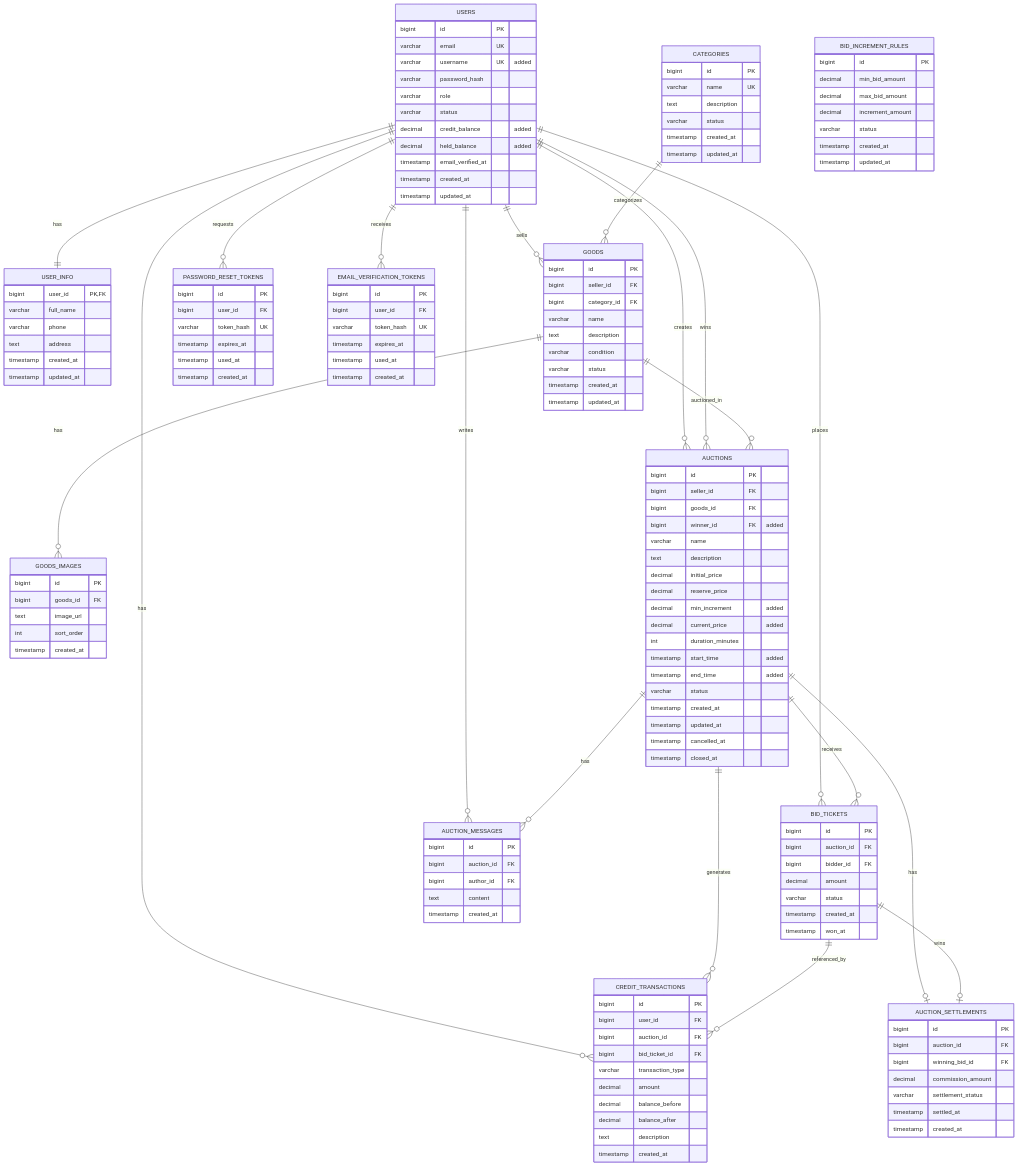
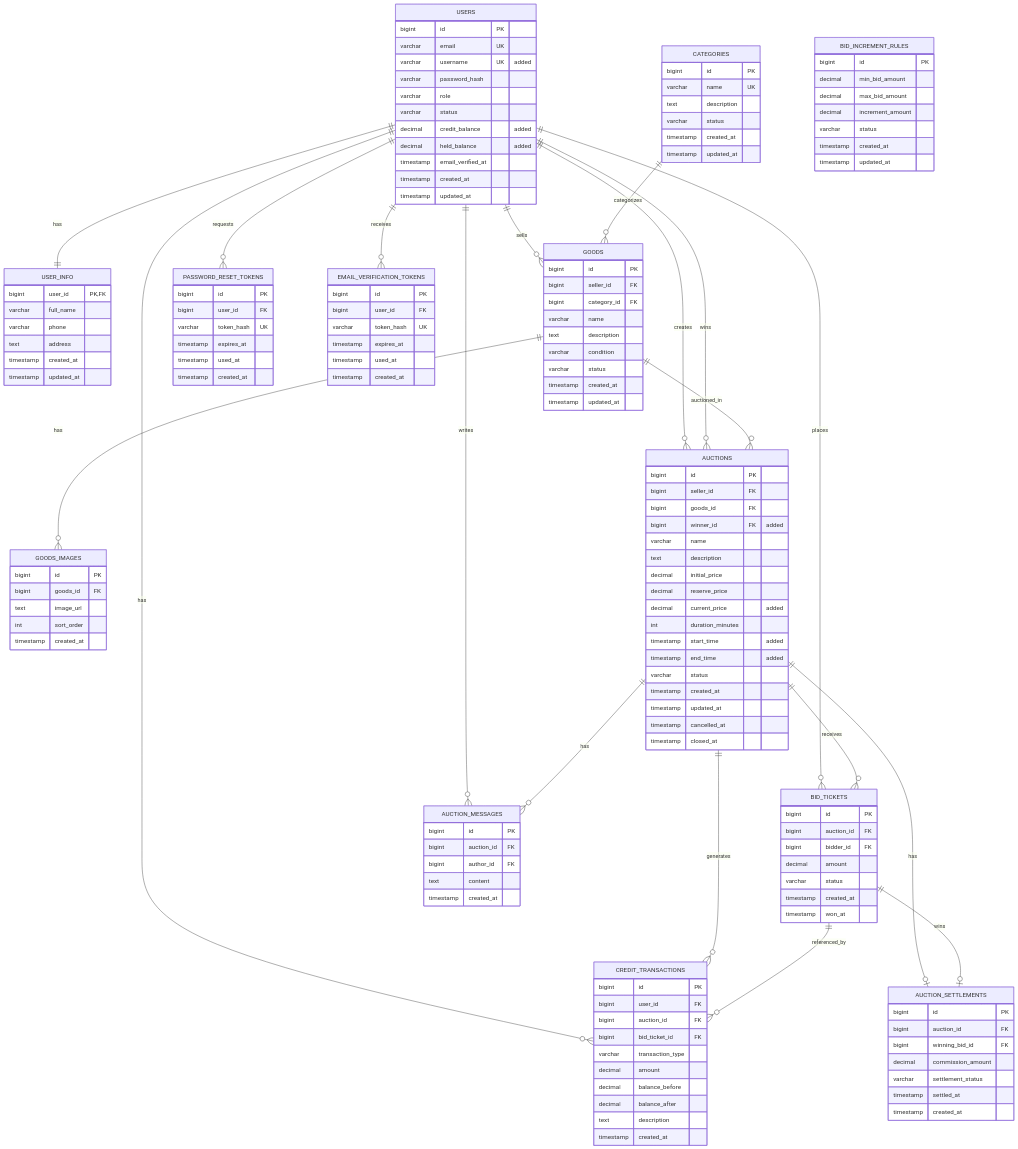
The diagram in docs/ERD_edited.md (anhbody2/Auction_system), drawn with Mermaid before and after one commit. The commit also changed other lines of this file and 28 other files, not shown here.

```diff
--- a/docs/ERD_edited.md
+++ b/docs/ERD_edited.md
@@ -86,7 +86,6 @@
         text description
         decimal initial_price
         decimal reserve_price
-        decimal min_increment "added"
         decimal current_price "added"
         int duration_minutes
         timestamp start_time "added"
```
